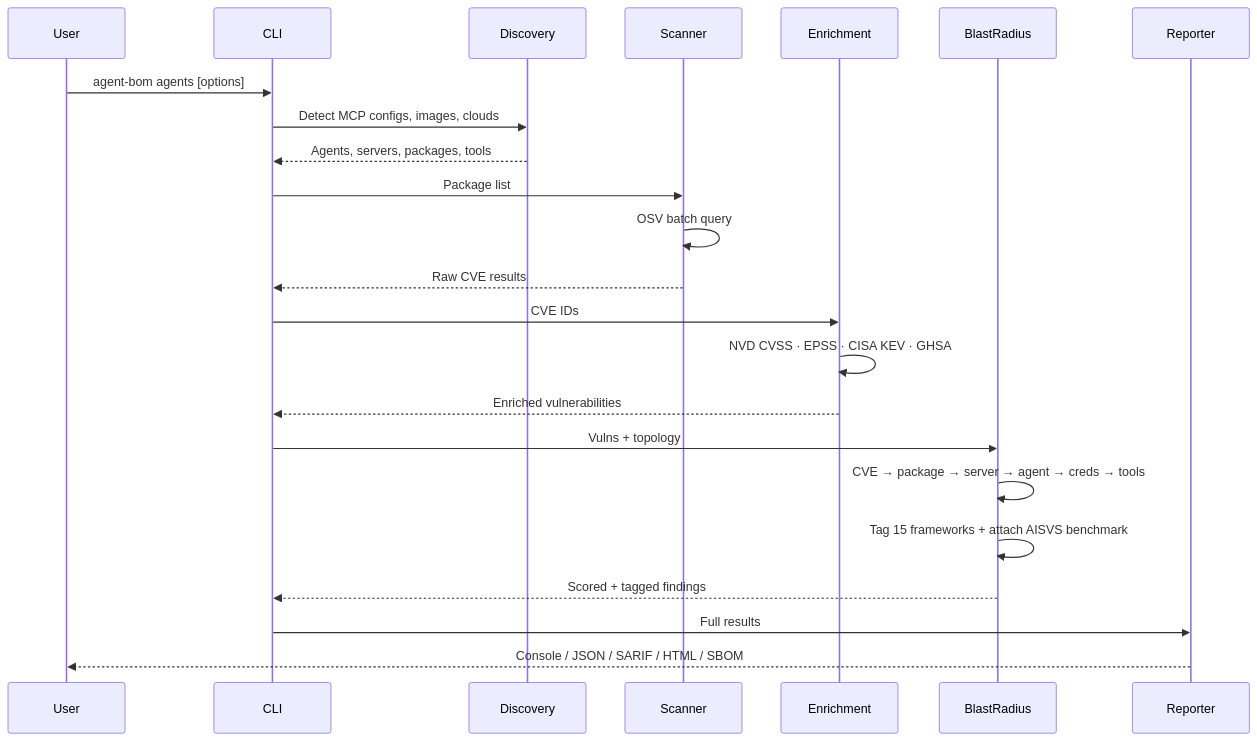
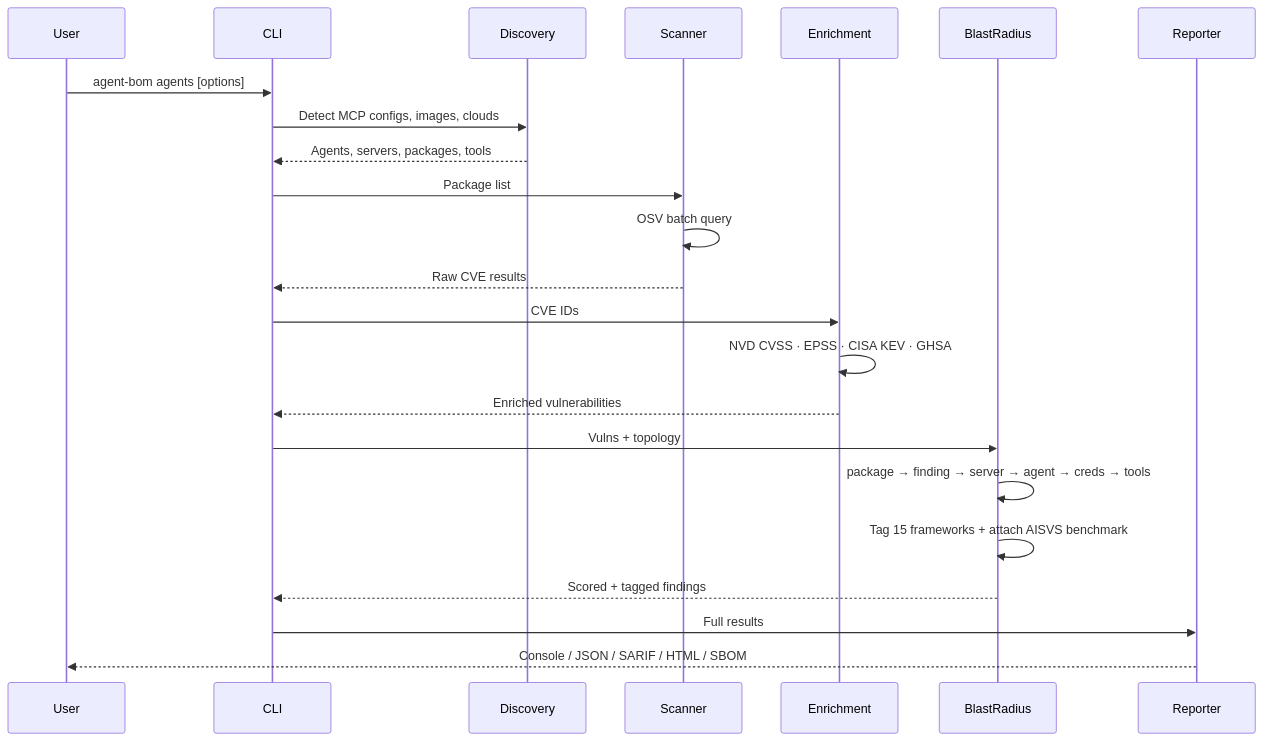
One commit to Rish-2006/agent-bom changed the second of 5 diagrams in docs/ARCHITECTURE.md. Above: the diagram before and after it, drawn with Mermaid. The commit also changed other lines of this file and 11 other files, not shown here.

First line of the commit message:
docs: align blast-radius example direction (#2300)

````diff
--- a/docs/ARCHITECTURE.md
+++ b/docs/ARCHITECTURE.md
@@ -96,30 +96,30 @@
 ```mermaid
 sequenceDiagram
     participant User
     participant CLI
     participant Discovery
     participant Scanner
     participant Enrichment
     participant BlastRadius
     participant Reporter
 
     User->>CLI: agent-bom agents [options]
     CLI->>Discovery: Detect MCP configs, images, clouds
     Discovery-->>CLI: Agents, servers, packages, tools
 
     CLI->>Scanner: Package list
     Scanner->>Scanner: OSV batch query
     Scanner-->>CLI: Raw CVE results
 
     CLI->>Enrichment: CVE IDs
     Enrichment->>Enrichment: NVD CVSS · EPSS · CISA KEV · GHSA
     Enrichment-->>CLI: Enriched vulnerabilities
 
     CLI->>BlastRadius: Vulns + topology
-    BlastRadius->>BlastRadius: CVE → package → server → agent → creds → tools
+    BlastRadius->>BlastRadius: package → finding → server → agent → creds → tools
     BlastRadius->>BlastRadius: Tag 15 frameworks + attach AISVS benchmark
     BlastRadius-->>CLI: Scored + tagged findings
 
     CLI->>Reporter: Full results
     Reporter-->>User: Console / JSON / SARIF / HTML / SBOM
 ```
````
